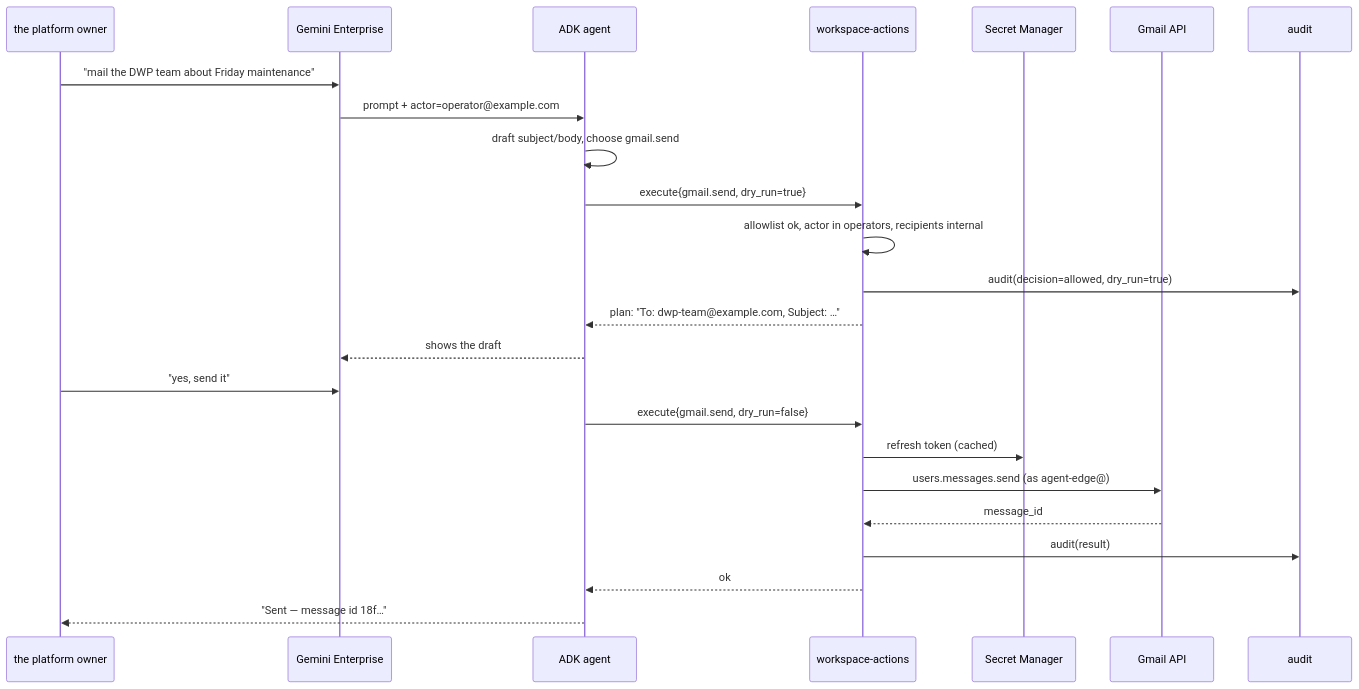
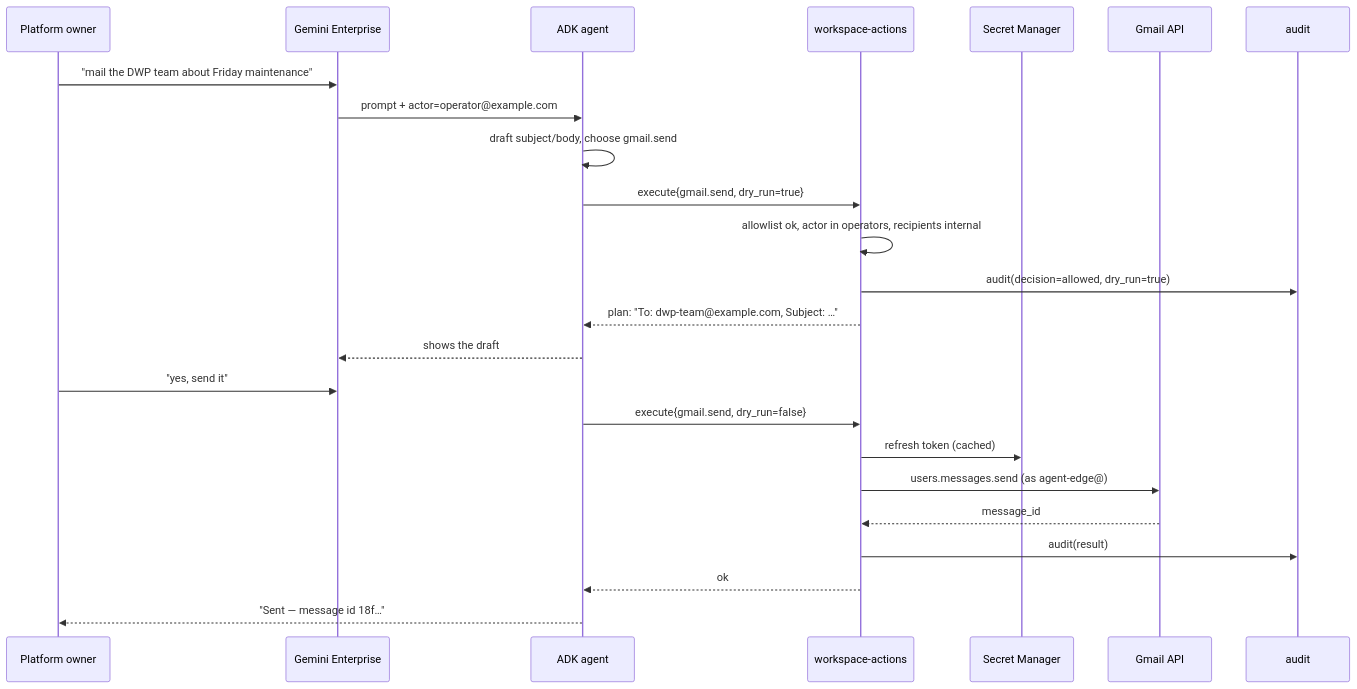
The first of 2 diagrams in platform/edge-ai-v2/04-flows.md (jsbdfgidsfg/agentic-platform), drawn with Mermaid before and after one commit. The commit also changed other lines of this file and 15 other files, not shown here.

````diff
--- a/platform/edge-ai-v2/04-flows.md
+++ b/platform/edge-ai-v2/04-flows.md
@@ -9,27 +9,27 @@
 ```mermaid
 sequenceDiagram
-    participant U as the platform owner
+    participant U as Platform owner
     participant GE as Gemini Enterprise
     participant AG as ADK agent
     participant CR as workspace-actions
     participant SM as Secret Manager
     participant GM as Gmail API
     participant BQ as audit
 
     U->>GE: "mail the DWP team about Friday maintenance"
     GE->>AG: prompt + actor=operator@example.com
     AG->>AG: draft subject/body, choose gmail.send
     AG->>CR: execute{gmail.send, dry_run=true}
     CR->>CR: allowlist ok, actor in operators, recipients internal
     CR->>BQ: audit(decision=allowed, dry_run=true)
     CR-->>AG: plan: "To: dwp-team@example.com, Subject: …"
     AG-->>GE: shows the draft
     U->>GE: "yes, send it"
     AG->>CR: execute{gmail.send, dry_run=false}
     CR->>SM: refresh token (cached)
     CR->>GM: users.messages.send (as agent-edge@)
     GM-->>CR: message_id
     CR->>BQ: audit(result)
     CR-->>AG: ok
     AG-->>U: "Sent — message id 18f…"
 ```
````
